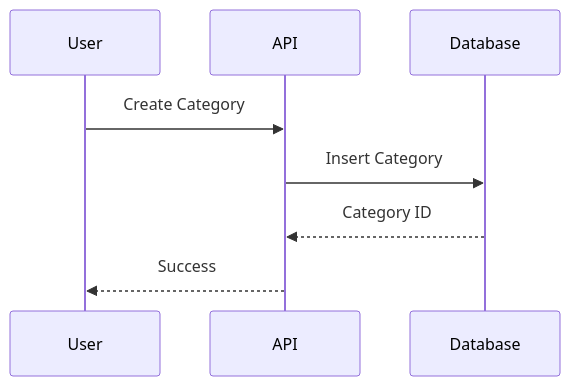
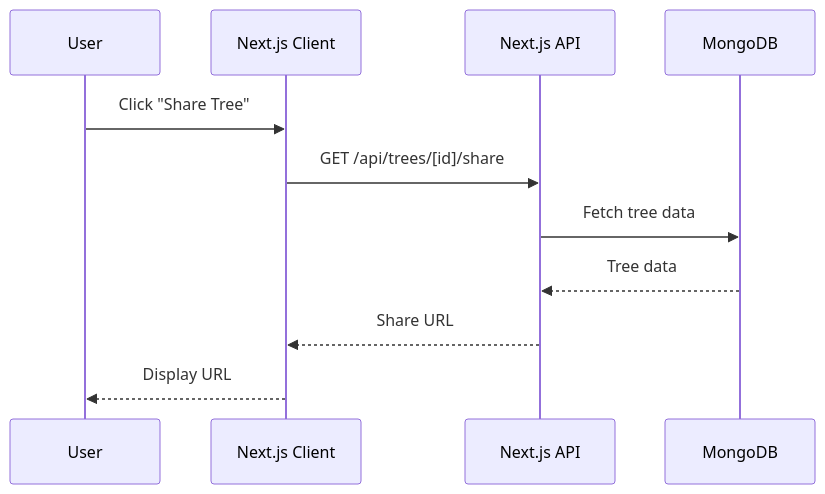
The first of 2 diagrams in .cursor/rules/technical_design_documentation_rule.mdc (hxtruong6/ilove-card), drawn with Mermaid before and after one commit. The commit also changed other lines of this file and 5 other files, not shown here.

````diff
--- a/.cursor/rules/technical_design_documentation_rule.mdc
+++ b/.cursor/rules/technical_design_documentation_rule.mdc
@@ -128,10 +117,13 @@
-    ```mermaid
-        sequenceDiagram
-            participant User
-            participant API
-            participant Database
-            User->>API: Create Category
-            API->>Database: Insert Category
-            Database-->>API: Category ID
-            API-->>User: Success
-    ```
+       ```mermaid
+       sequenceDiagram
+         participant User
+         participant Client as Next.js Client
+         participant API as Next.js API
+         participant DB as MongoDB
+         User->>Client: Click "Share Tree"
+         Client->>API: GET /api/trees/[id]/share
+         API->>DB: Fetch tree data
+         DB-->>API: Tree data
+         API-->>Client: Share URL
+         Client-->>User: Display URL
+       ```
````
